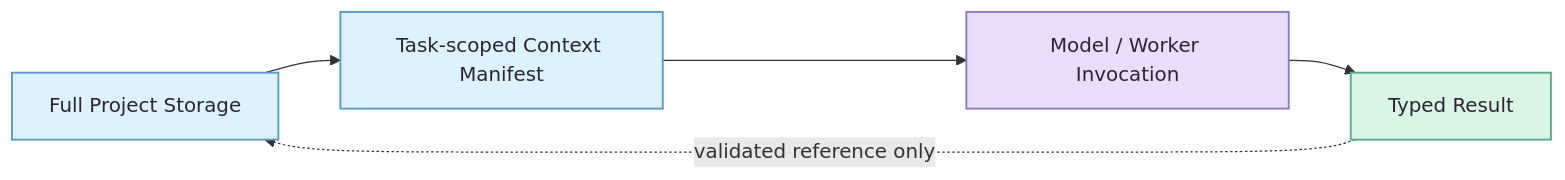
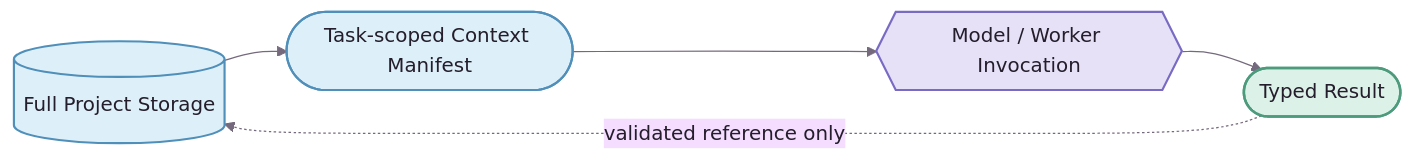
Before and after one commit to xiaooye/Quillframe: the third of 3 diagrams in docs/architecture.zh-CN.md, drawn with Mermaid. The commit also changed other lines of this file, not shown here.

Commit message:
docs: apply Story Loom architecture styling

````diff
--- a/docs/architecture.zh-CN.md
+++ b/docs/architecture.zh-CN.md
@@ -135,15 +163,14 @@
 ```mermaid
+%%{init: {"theme":"base","themeVariables":{"background":"#FFFDFC","primaryTextColor":"#241D2B","lineColor":"#756A7D","fontFamily":"ui-sans-serif, system-ui, sans-serif"},"flowchart":{"curve":"basis"}}}%%
 flowchart LR
-    S[Full Project Storage] --> M[Task-scoped Context Manifest]
-    M --> I[Model / Worker Invocation]
-    I --> R[Typed Result]
+    S[(Full Project Storage)] --> M([Task-scoped Context Manifest]) --> I{{Model / Worker Invocation}} --> R([Typed Result])
     R -. validated reference only .-> S
 
-    classDef project fill:#DDF2FF,stroke:#5B98C4,color:#2B2433,stroke-width:1.5px;
-    classDef runtime fill:#E8DDFB,stroke:#8B7AC6,color:#2B2433,stroke-width:1.5px;
-    classDef gate fill:#D9F5E5,stroke:#58A98C,color:#2B2433,stroke-width:1.5px;
+    classDef project fill:#DDEFF8,stroke:#4F8FBA,color:#241D2B,stroke-width:1.75px;
+    classDef runtime fill:#E7E1F8,stroke:#796BC4,color:#241D2B,stroke-width:1.75px;
+    classDef validated fill:#DCF1E7,stroke:#4D9B7D,color:#241D2B,stroke-width:2px;
 
     class S,M project;
     class I runtime;
-    class R gate;
+    class R validated;
 ```
````
